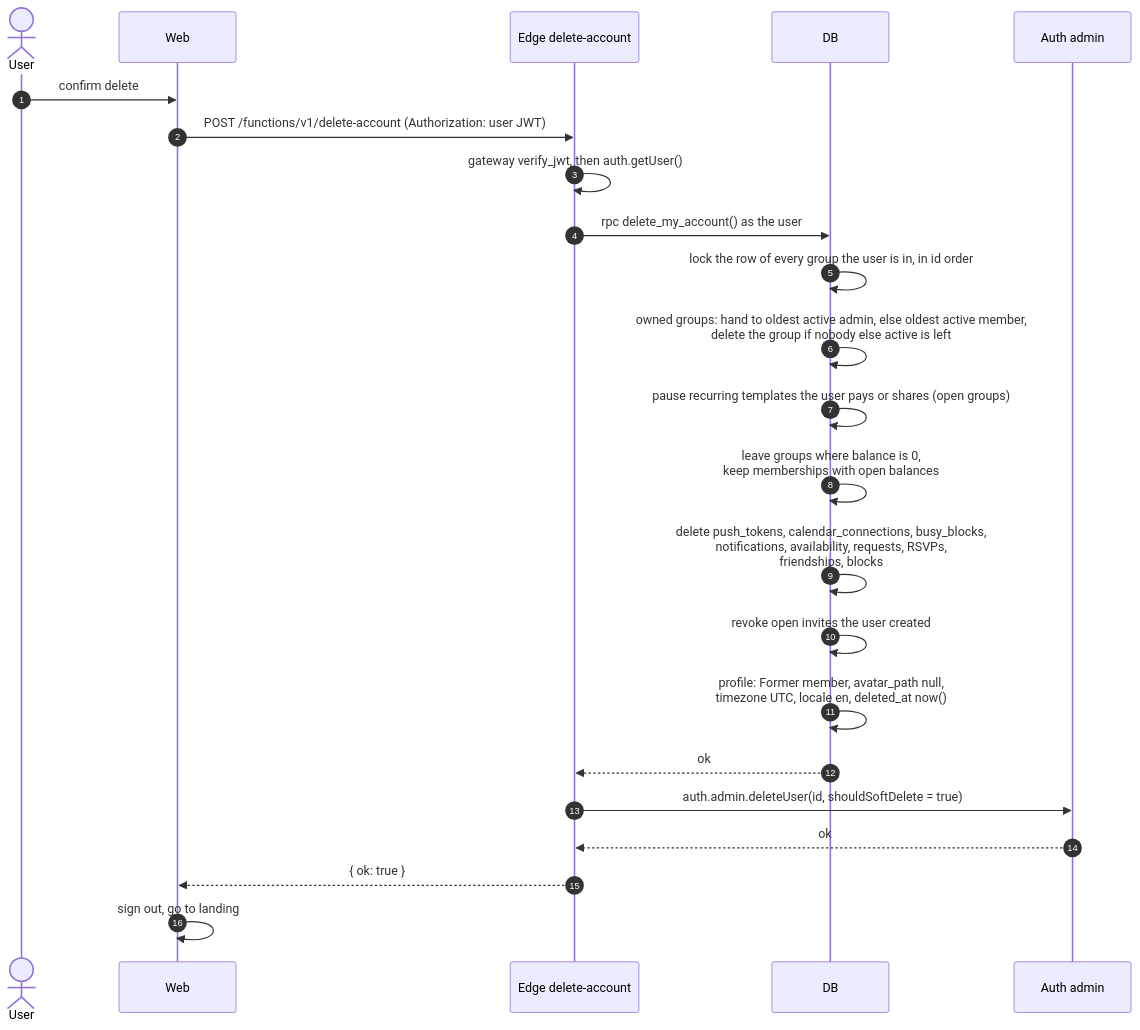
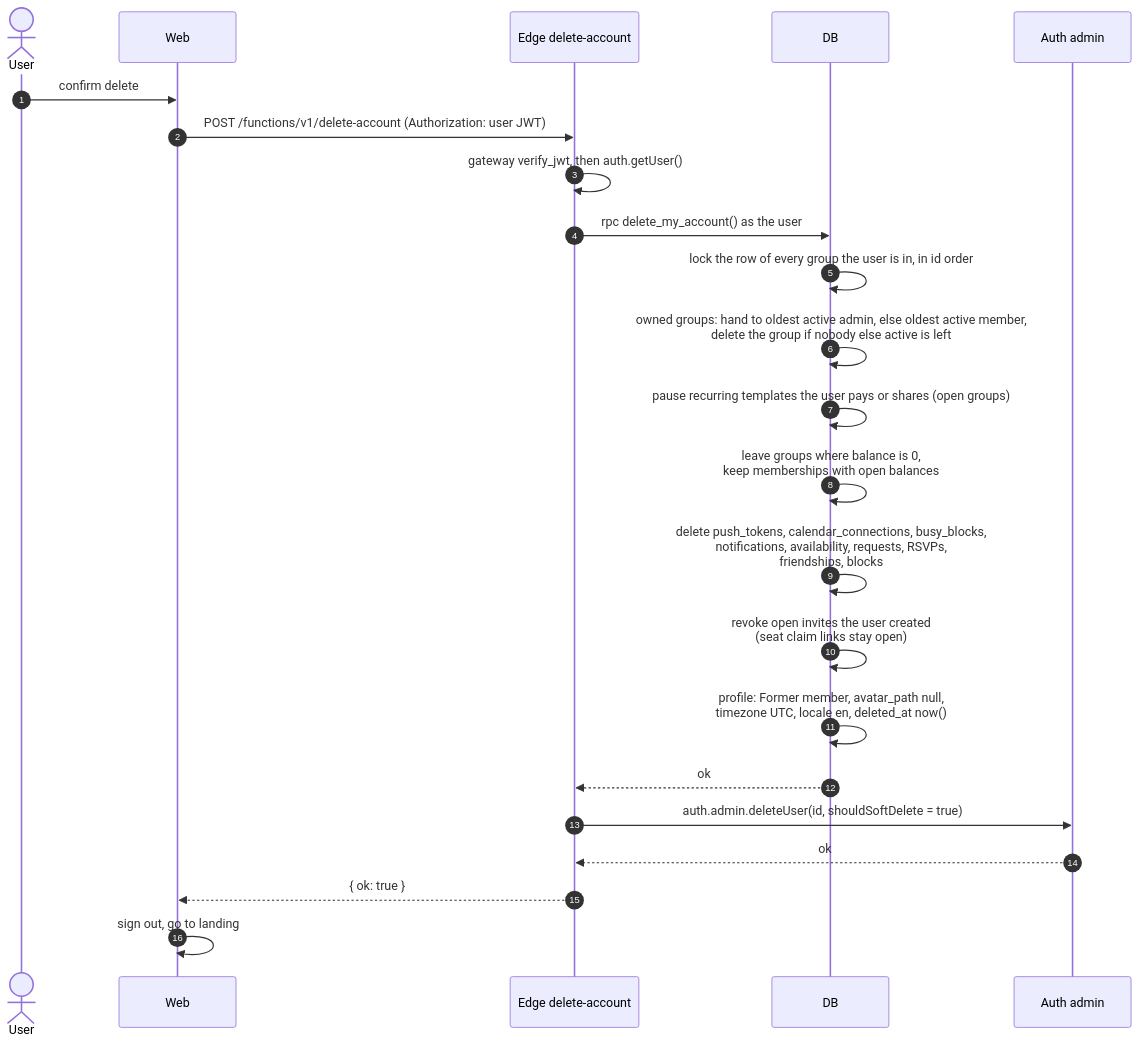
Diagram 20 of 22 in docs/sequences.md (Fermulate/potluck), drawn with Mermaid before and after one commit. The commit also changed 2 other files, not shown here.

Commit message:
note seat claim links survive account close and email change

````diff
--- a/docs/sequences.md
+++ b/docs/sequences.md
@@ -687,26 +687,26 @@
 ```mermaid
 sequenceDiagram
   autonumber
   actor U as User
   participant W as Web
   participant E as Edge delete-account
   participant DB as DB
   participant A as Auth admin
 
   U->>W: confirm delete
   W->>E: POST /functions/v1/delete-account (Authorization: user JWT)
   E->>E: gateway verify_jwt, then auth.getUser()
   E->>DB: rpc delete_my_account() as the user
   DB->>DB: lock the row of every group the user is in, in id order
   DB->>DB: owned groups: hand to oldest active admin, else oldest active member,<br/>delete the group if nobody else active is left
   DB->>DB: pause recurring templates the user pays or shares (open groups)
   DB->>DB: leave groups where balance is 0,<br/>keep memberships with open balances
   DB->>DB: delete push_tokens, calendar_connections, busy_blocks,<br/>notifications, availability, requests, RSVPs,<br/>friendships, blocks
-  DB->>DB: revoke open invites the user created
+  DB->>DB: revoke open invites the user created<br/>(seat claim links stay open)
   DB->>DB: profile: Former member, avatar_path null,<br/>timezone UTC, locale en, deleted_at now()
   DB-->>E: ok
   E->>A: auth.admin.deleteUser(id, shouldSoftDelete = true)
   A-->>E: ok
   E-->>W: { ok: true }
   W->>W: sign out, go to landing
 ```
````
